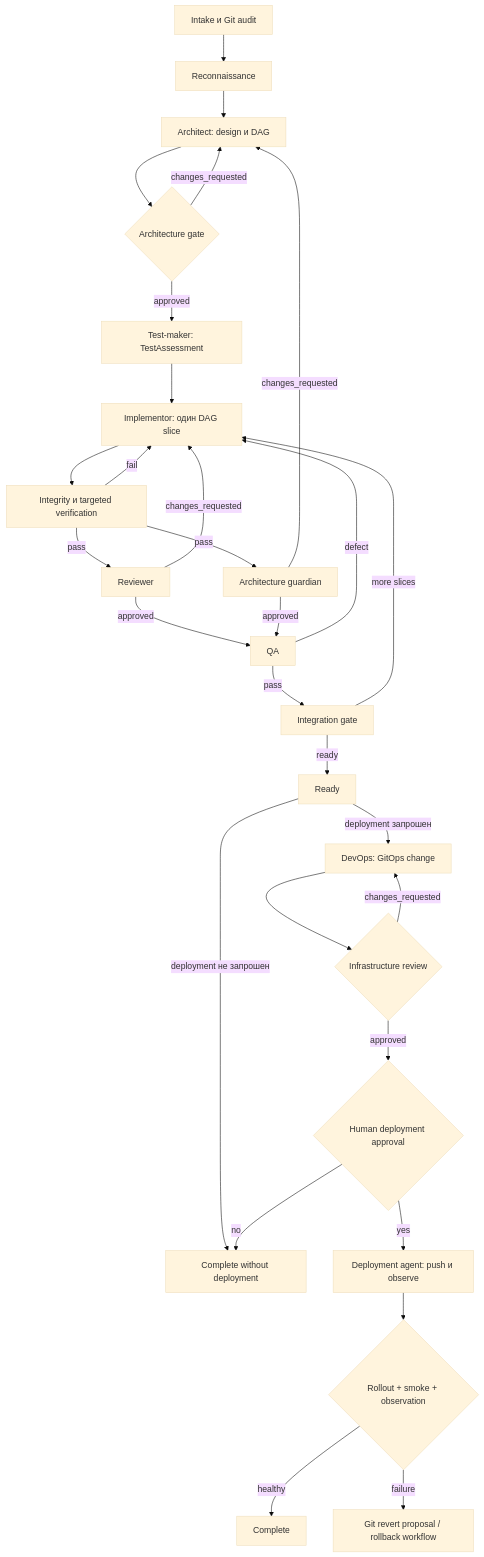
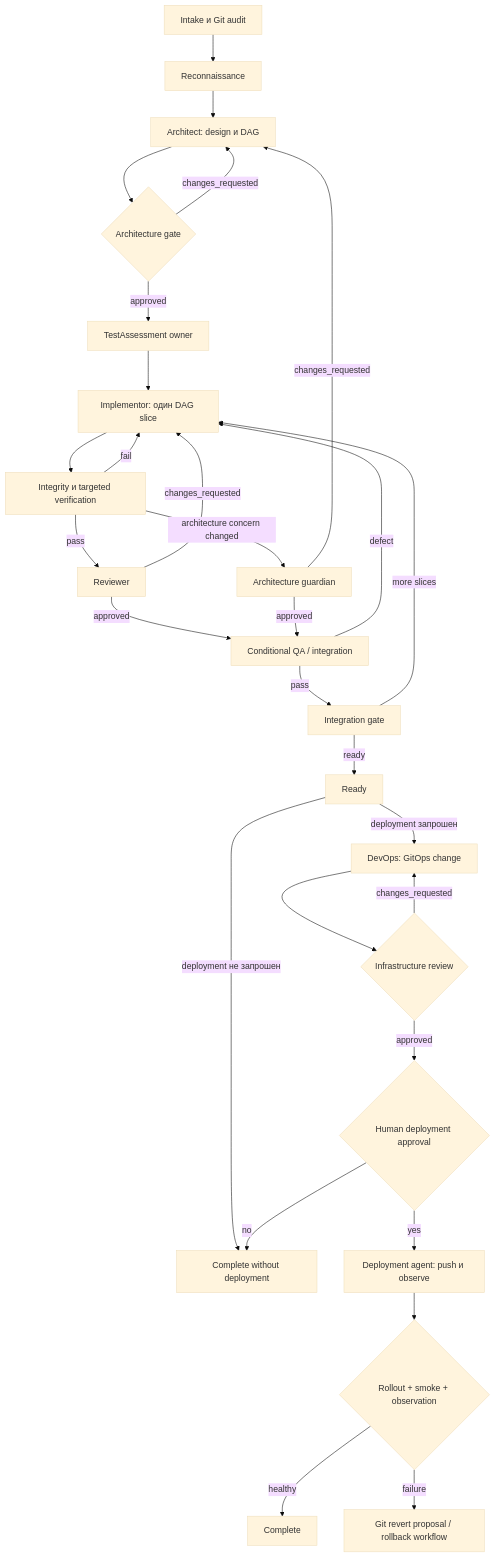
One commit to wget-cloud/codex-plugins changed the diagram in plugins/wget-cloud-development/skills/wgc-implementation/references/workflow.md. Above: the diagram before and after it, drawn with Mermaid (base theme). The commit also changed other lines of this file and 20 other files, not shown here.

````diff
--- a/plugins/wget-cloud-development/skills/wgc-implementation/references/workflow.md
+++ b/plugins/wget-cloud-development/skills/wgc-implementation/references/workflow.md
@@ -24,31 +24,31 @@
 ```mermaid
 flowchart TD
     I["Intake и Git audit"] --> R["Reconnaissance"]
     R --> D["Architect: design и DAG"]
     D --> AG1{"Architecture gate"}
     AG1 -- changes_requested --> D
-    AG1 -- approved --> T["Test-maker: TestAssessment"]
+    AG1 -- approved --> T["TestAssessment owner"]
     T --> IM["Implementor: один DAG slice"]
     IM --> V["Integrity и targeted verification"]
     V -- fail --> IM
     V -- pass --> CR["Reviewer"]
-    V -- pass --> AG2["Architecture guardian"]
+    V -- architecture concern changed --> AG2["Architecture guardian"]
     CR -- changes_requested --> IM
     AG2 -- changes_requested --> D
-    CR -- approved --> Q["QA"]
+    CR -- approved --> Q["Conditional QA / integration"]
     AG2 -- approved --> Q
     Q -- defect --> IM
     Q -- pass --> IN["Integration gate"]
     IN -- more slices --> IM
     IN -- ready --> RDY["Ready"]
     RDY -->|"deployment не запрошен"| DONE["Complete without deployment"]
     RDY -->|"deployment запрошен"| DO["DevOps: GitOps change"]
     DO --> IR{"Infrastructure review"}
     IR -- changes_requested --> DO
     IR -- approved --> H{"Human deployment approval"}
     H -- no --> DONE
     H -- yes --> DEP["Deployment agent: push и observe"]
     DEP --> OBS{"Rollout + smoke + observation"}
     OBS -- healthy --> COMPLETE["Complete"]
     OBS -- failure --> RB["Git revert proposal / rollback workflow"]
 ```
````
